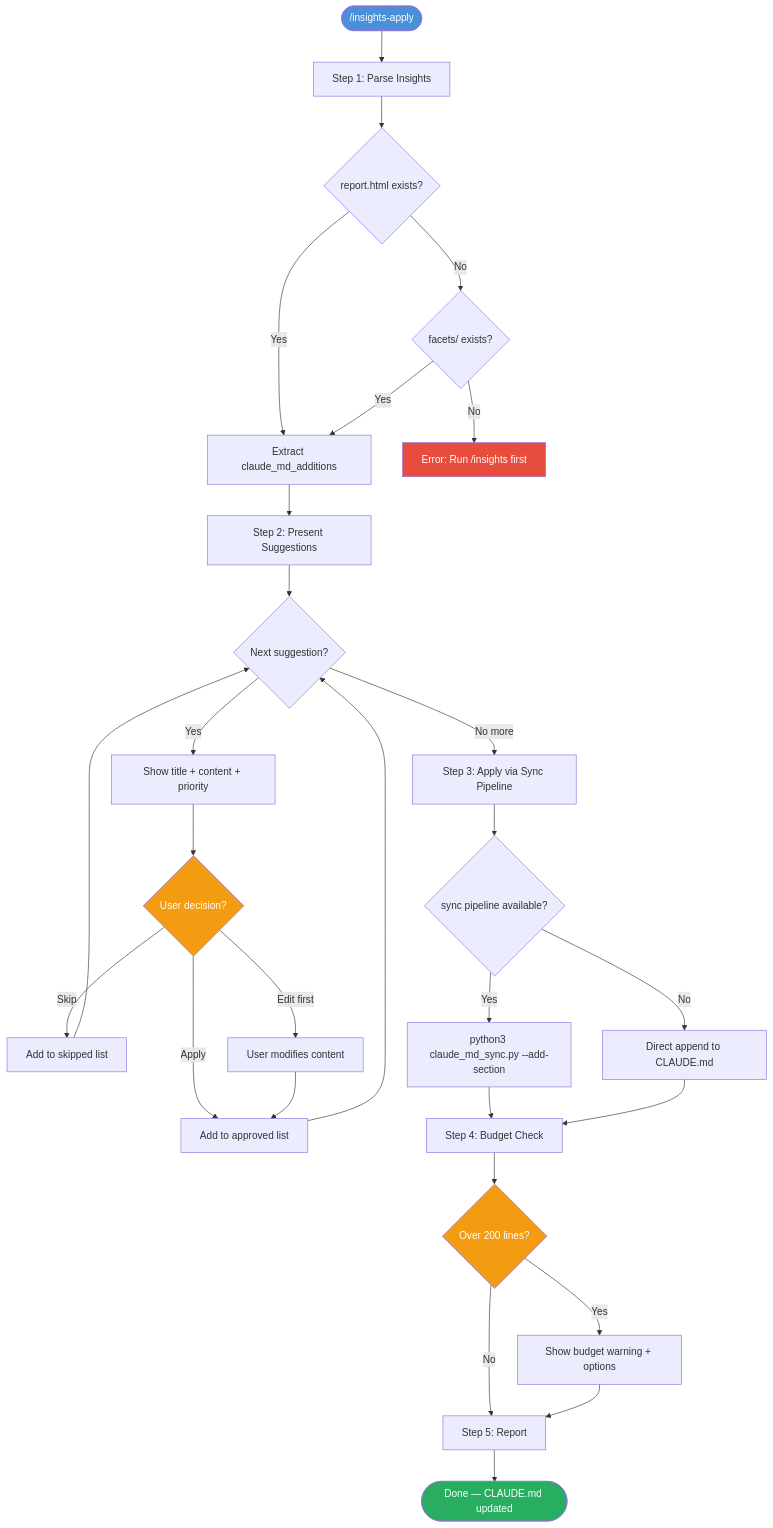
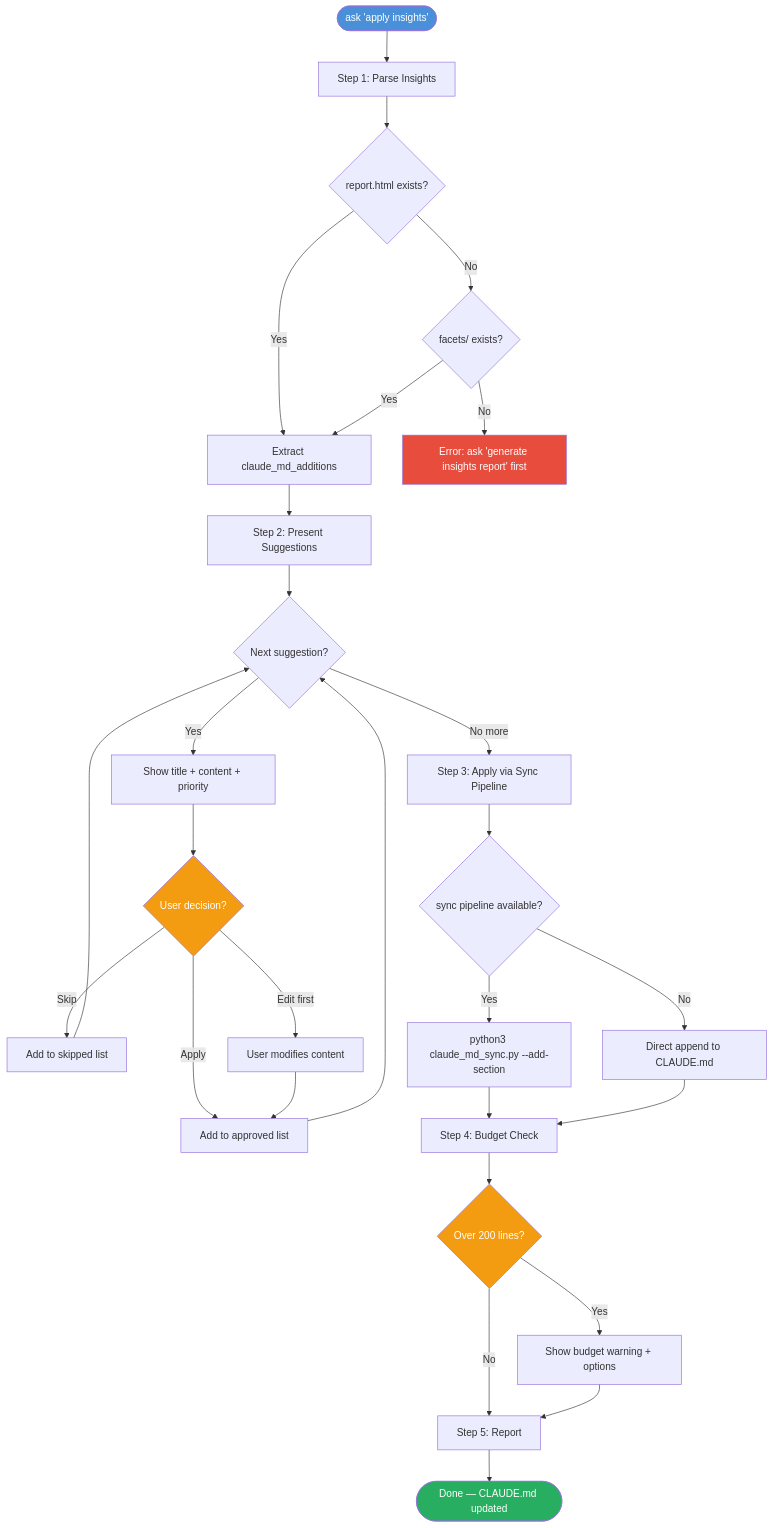
The second of 8 diagrams in docs/guide/insights-improvements-guide.md (Data-Wise/craft), drawn with Mermaid before and after one commit. The commit also changed other lines of this file and 40 other files, not shown here.

````diff
--- a/docs/guide/insights-improvements-guide.md
+++ b/docs/guide/insights-improvements-guide.md
@@ -79,39 +79,39 @@
 ```mermaid
 flowchart TD
-    Start(["/insights-apply"]) --> P["Step 1: Parse Insights"]
+    Start(["ask 'apply insights'"]) --> P["Step 1: Parse Insights"]
     P --> P1{report.html exists?}
     P1 -->|Yes| P3[Extract claude_md_additions]
     P1 -->|No| P2{facets/ exists?}
     P2 -->|Yes| P3
-    P2 -->|No| Err["Error: Run /insights first"]
+    P2 -->|No| Err["Error: ask 'generate insights report' first"]
 
     P3 --> S["Step 2: Present Suggestions"]
     S --> Loop{Next suggestion?}
     Loop -->|Yes| Show[Show title + content + priority]
     Show --> Ask{User decision?}
     Ask -->|Apply| Approve[Add to approved list]
     Ask -->|Skip| Skip[Add to skipped list]
     Ask -->|Edit first| Edit[User modifies content]
     Edit --> Approve
     Approve --> Loop
     Skip --> Loop
 
     Loop -->|No more| Apply["Step 3: Apply via Sync Pipeline"]
     Apply --> Sync{sync pipeline available?}
     Sync -->|Yes| S1[python3 claude_md_sync.py --add-section]
     Sync -->|No| S2[Direct append to CLAUDE.md]
 
     S1 --> Budget["Step 4: Budget Check"]
     S2 --> Budget
     Budget --> B1{Over 200 lines?}
     B1 -->|No| Report["Step 5: Report"]
     B1 -->|Yes| Warn[Show budget warning + options]
     Warn --> Report
     Report --> Done([Done — CLAUDE.md updated])
 
     style Start fill:#4A90D9,color:#fff
     style Done fill:#27AE60,color:#fff
     style Err fill:#E74C3C,color:#fff
     style Ask fill:#F39C12,color:#fff
     style B1 fill:#F39C12,color:#fff
 ```
````
